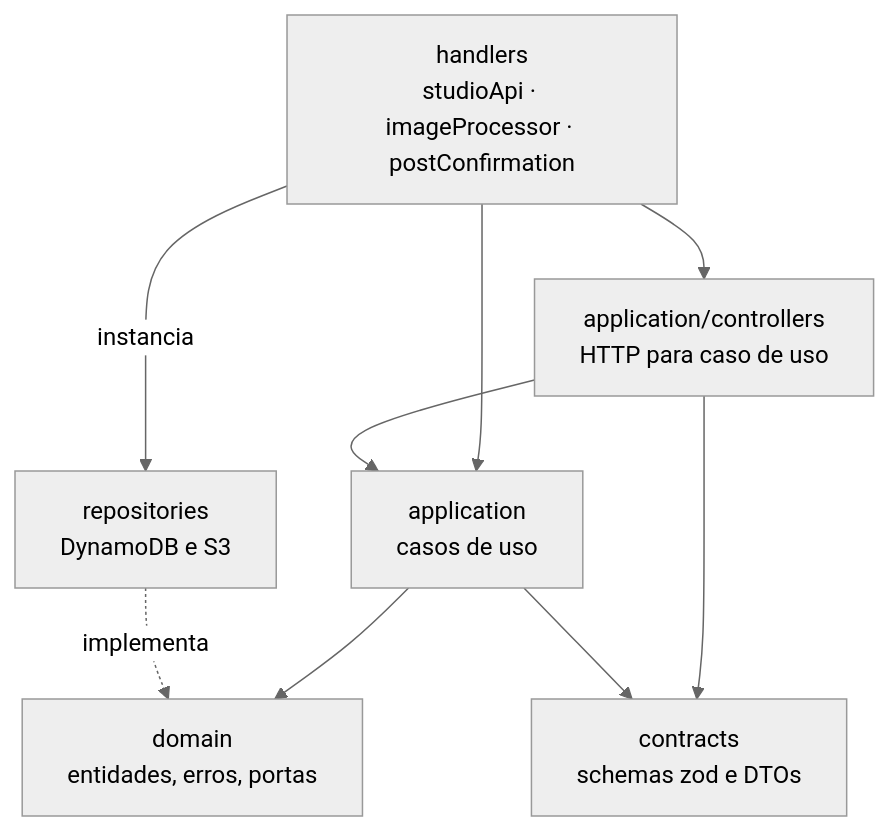
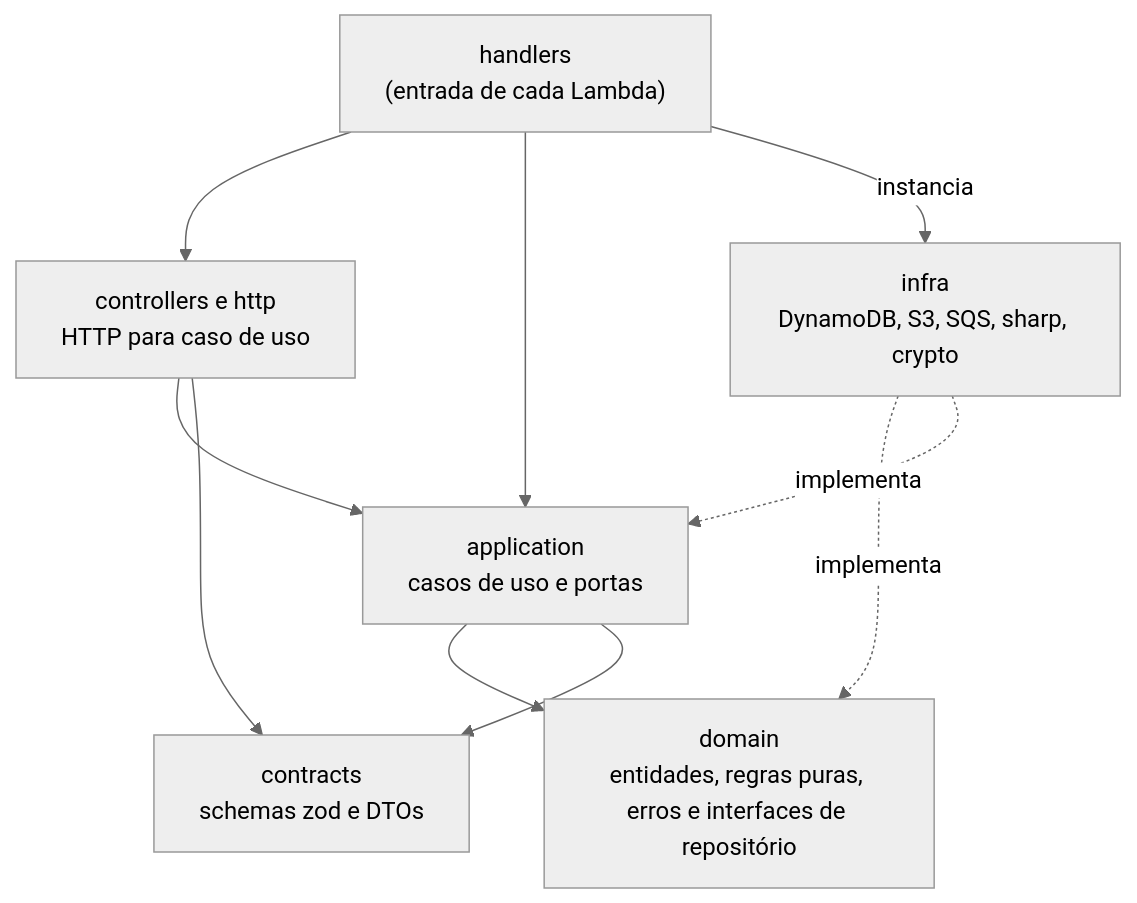
Before and after one commit to andreselva/lumora-docs: the diagram in developers/architecture/backend.mdx, drawn with Mermaid (neutral theme). The commit also changed other lines of this file and 6 other files, not shown here.

First line of the commit message:
docs(architecture): atualiza as cinco páginas de arquitetura ao código atual

````diff
--- a/developers/architecture/backend.mdx
+++ b/developers/architecture/backend.mdx
@@ -10,18 +24,19 @@
 ```mermaid
 flowchart TD
-  H[handlers<br/>studioApi · imageProcessor · postConfirmation]
-  C[application/controllers<br/>HTTP para caso de uso]
-  U[application<br/>casos de uso]
-  DM[domain<br/>entidades, erros, portas]
-  R[repositories<br/>DynamoDB e S3]
-  K[contracts<br/>schemas zod e DTOs]
+  H["handlers<br/>(entrada de cada Lambda)"]
+  C["controllers e http<br/>HTTP para caso de uso"]
+  U["application<br/>casos de uso e portas"]
+  DM["domain<br/>entidades, regras puras, erros e interfaces de repositório"]
+  I["infra<br/>DynamoDB, S3, SQS, sharp, crypto"]
+  K["contracts<br/>schemas zod e DTOs"]
 
   H --> C
   H --> U
+  H -- instancia --> I
   C --> U
   C --> K
   U --> DM
   U --> K
-  R -. implementa .-> DM
-  H -- instancia --> R
+  I -. implementa .-> DM
+  I -. implementa .-> U
 ```
````
